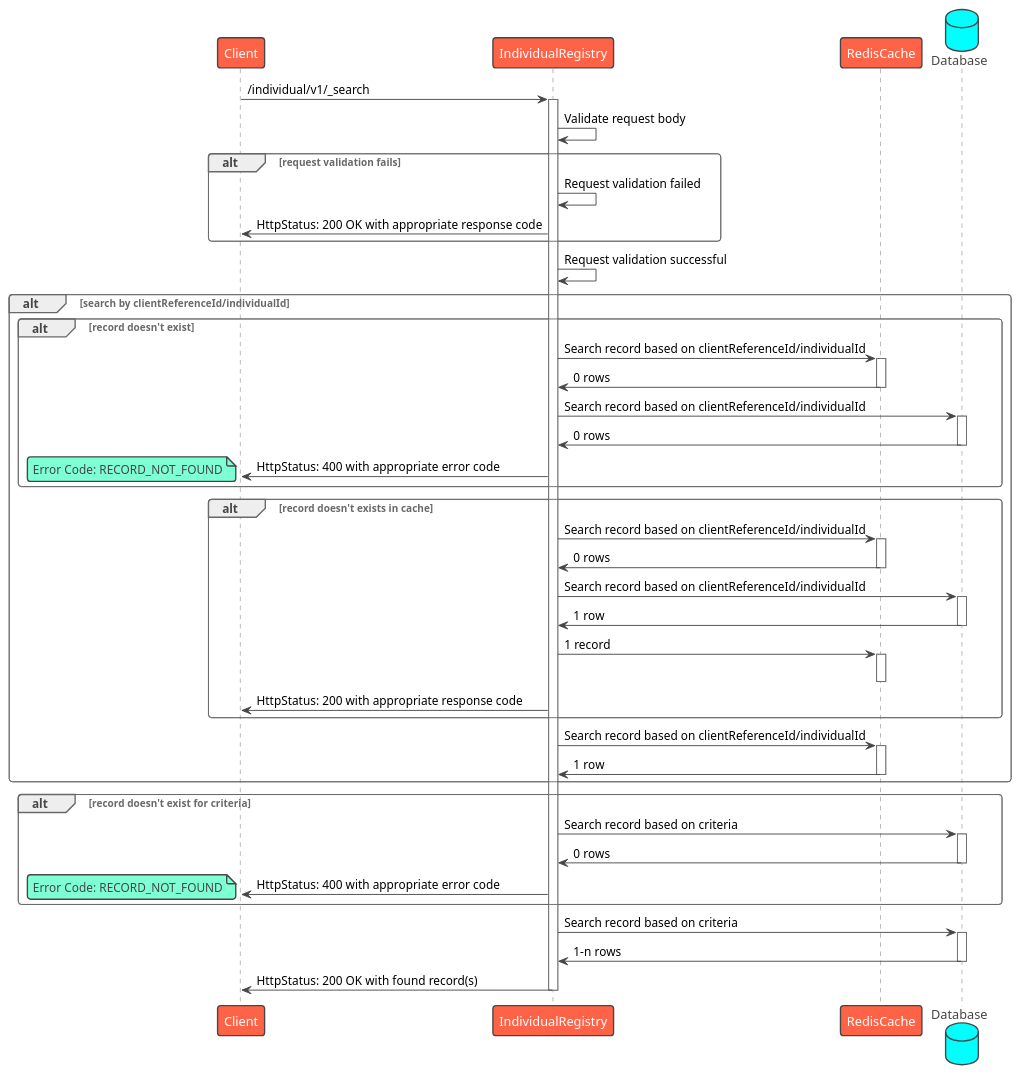
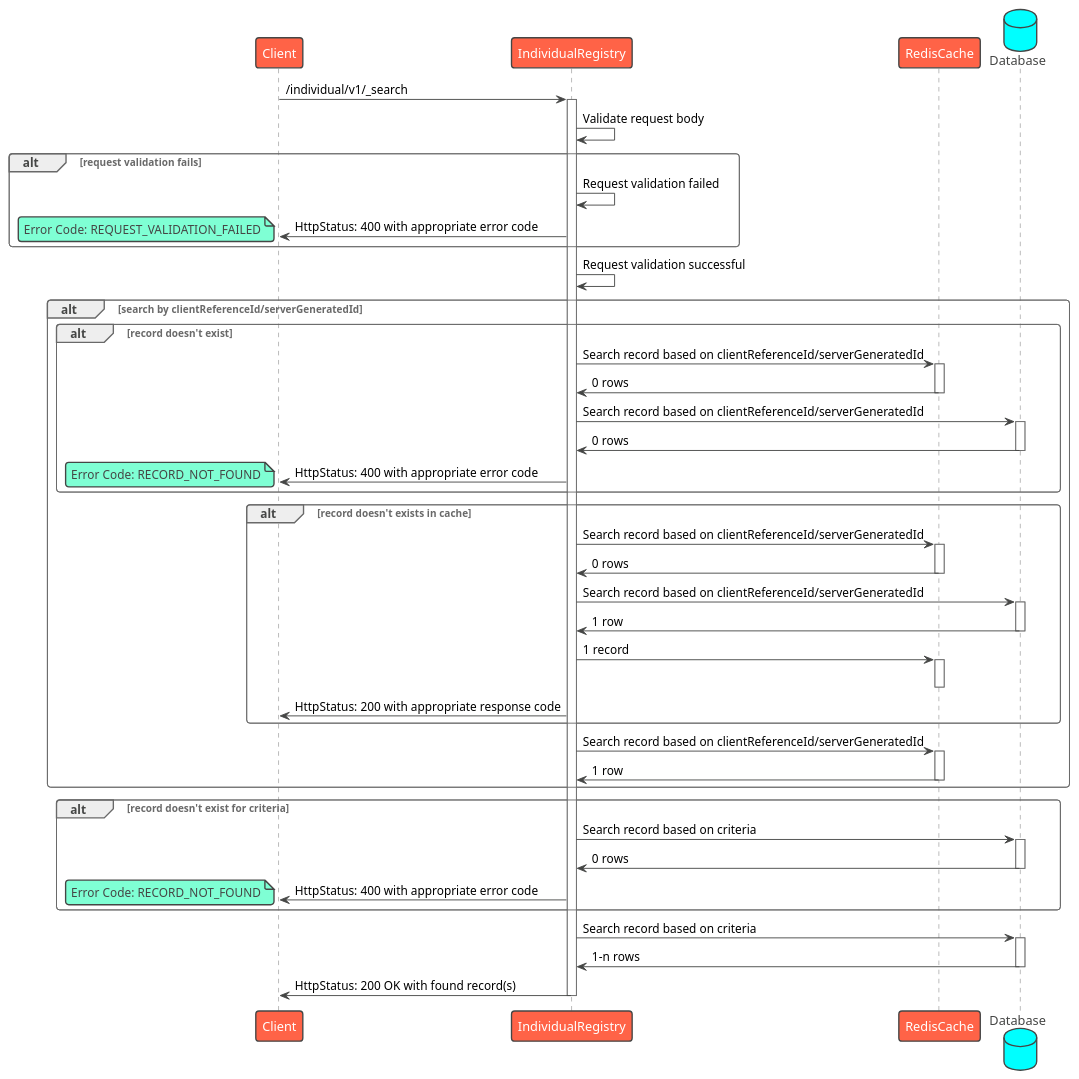
The diagram in contracts/registries/individual/sequence/search.puml (egovernments/health-api-specs), drawn with PlantUML before and after one commit. The commit also changed 6 other files, not shown here.

Commit message:
Individual and Household sequence diagram updates

```diff
--- a/contracts/registries/individual/sequence/search.puml
+++ b/contracts/registries/individual/sequence/search.puml
@@ -1,65 +1,68 @@
 @startuml Individual Registry - Search
 !theme vibrant
 participant Client as c
-participant IndividualRegistry as ir
+participant IndividualRegistry as s
 participant RedisCache as rc
 database Database as db
-c -> ir : /individual/v1/_search
-activate ir
-ir -> ir: Validate request body
+c -> s : /individual/v1/_search
+activate s
+s -> s: Validate request body
 alt request validation fails
-    ir -> ir: Request validation failed
-    ir -> c: HttpStatus: 200 OK with appropriate response code
+    s -> s: Request validation failed
+    s -> c: HttpStatus: 400 with appropriate error code
+    note left
+      Error Code: REQUEST_VALIDATION_FAILED
+    end note
 end
-ir -> ir: Request validation successful
-alt search by clientReferenceId/individualId
+s -> s: Request validation successful
+alt search by clientReferenceId/serverGeneratedId
     alt record doesn't exist
-        ir -> rc: Search record based on clientReferenceId/individualId
+        s -> rc: Search record based on clientReferenceId/serverGeneratedId
         activate rc
-        rc -> ir: 0 rows
+        rc -> s: 0 rows
         deactivate rc
-        ir -> db: Search record based on clientReferenceId/individualId
+        s -> db: Search record based on clientReferenceId/serverGeneratedId
         activate db
-        db -> ir: 0 rows
+        db -> s: 0 rows
         deactivate db
-        ir -> c: HttpStatus: 400 with appropriate error code
+        s -> c: HttpStatus: 400 with appropriate error code
         note left
           Error Code: RECORD_NOT_FOUND
         end note
     end
     alt record doesn't exists in cache
-        ir -> rc: Search record based on clientReferenceId/individualId
+        s -> rc: Search record based on clientReferenceId/serverGeneratedId
         activate rc
-        rc -> ir: 0 rows
+        rc -> s: 0 rows
         deactivate rc
-        ir -> db: Search record based on clientReferenceId/individualId
+        s -> db: Search record based on clientReferenceId/serverGeneratedId
         activate db
-        db -> ir: 1 row
+        db -> s: 1 row
         deactivate db
-        ir -> rc: 1 record
+        s -> rc: 1 record
         activate rc
         deactivate rc
-        ir -> c: HttpStatus: 200 with appropriate response code
+        s -> c: HttpStatus: 200 with appropriate response code
     end
-ir -> rc: Search record based on clientReferenceId/individualId
+s -> rc: Search record based on clientReferenceId/serverGeneratedId
 activate rc
-rc -> ir: 1 row
+rc -> s: 1 row
 deactivate rc
 end
 alt record doesn't exist for criteria
-    ir -> db: Search record based on criteria
+    s -> db: Search record based on criteria
     activate db
-    db -> ir: 0 rows
+    db -> s: 0 rows
     deactivate db
-    ir -> c: HttpStatus: 400 with appropriate error code
+    s -> c: HttpStatus: 400 with appropriate error code
     note left
       Error Code: RECORD_NOT_FOUND
     end note
 end
-ir -> db: Search record based on criteria
+s -> db: Search record based on criteria
 activate db
-db -> ir: 1-n rows
+db -> s: 1-n rows
 deactivate db
-ir -> c: HttpStatus: 200 OK with found record(s)
-deactivate ir
+s -> c: HttpStatus: 200 OK with found record(s)
+deactivate s
 @enduml
```
